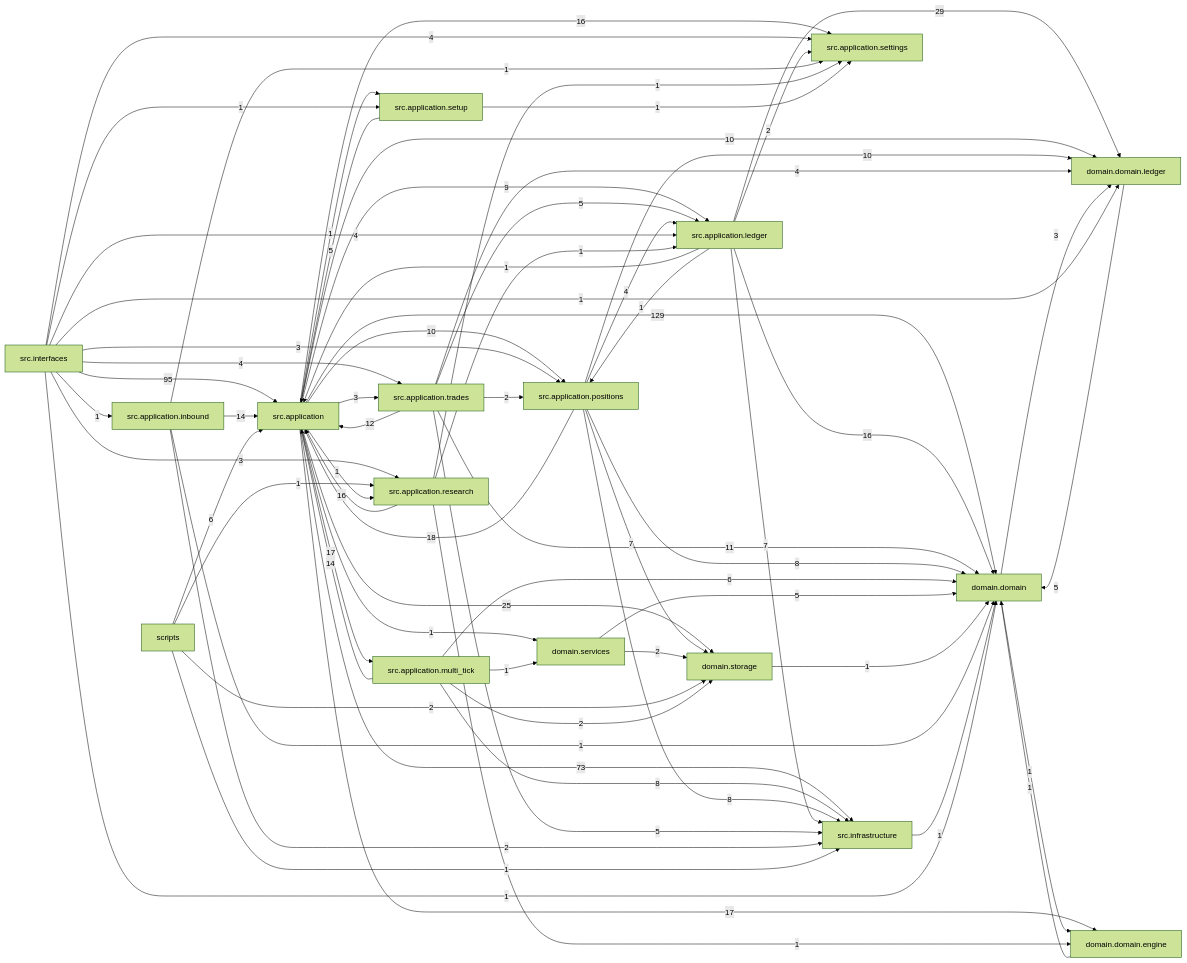
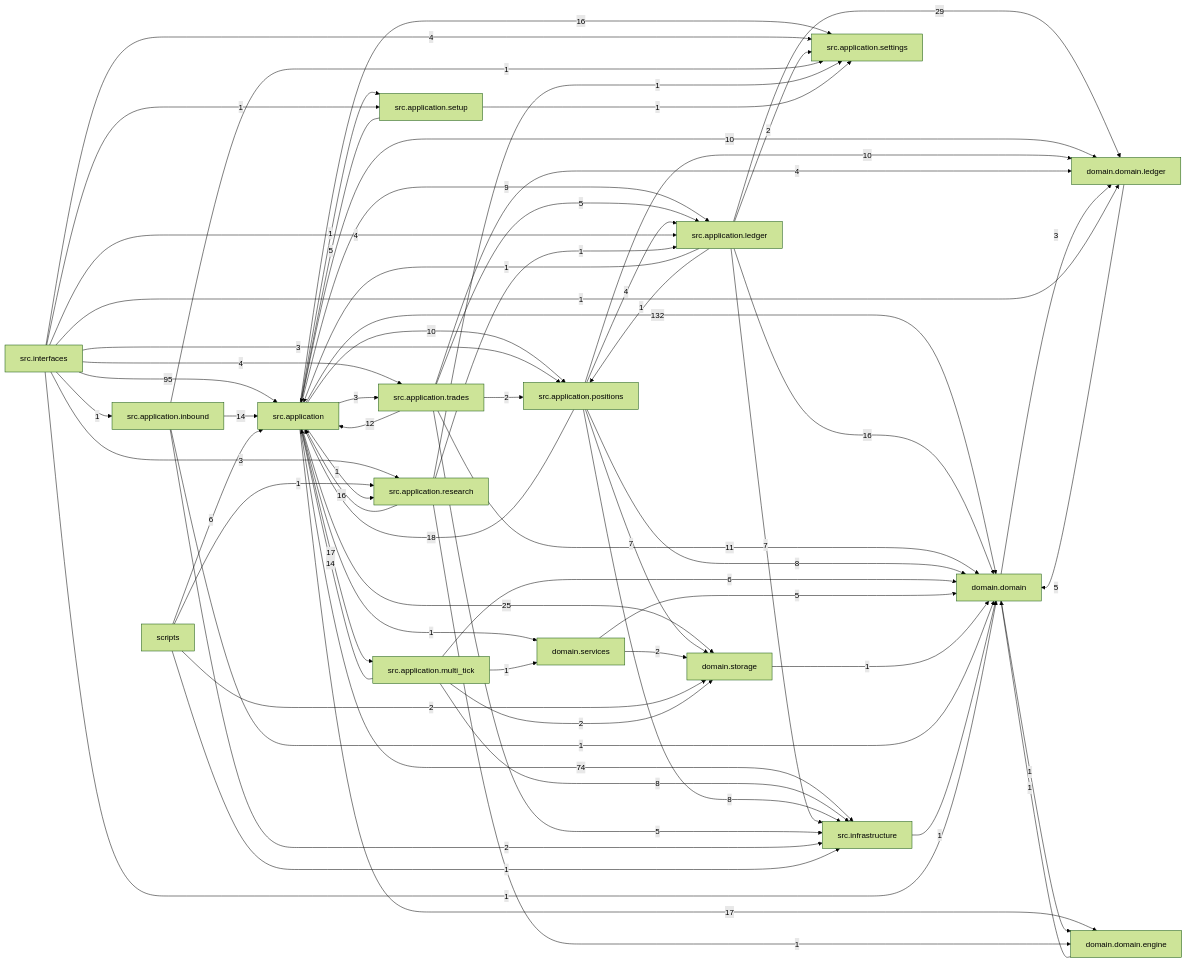
The diagram in docs/dependency_graph.mmd (liuxie066/options-monitor), drawn with Mermaid (forest theme) before and after one commit. The commit also changed 19 other files, not shown here.

```diff
--- a/docs/dependency_graph.mmd
+++ b/docs/dependency_graph.mmd
@@ -1,69 +1,69 @@
 flowchart LR
-  src_application["src.application"] -->|129| domain_domain["domain.domain"]
+  src_application["src.application"] -->|132| domain_domain["domain.domain"]
   src_interfaces["src.interfaces"] -->|95| src_application["src.application"]
-  src_application["src.application"] -->|73| src_infrastructure["src.infrastructure"]
+  src_application["src.application"] -->|74| src_infrastructure["src.infrastructure"]
   src_application_ledger["src.application.ledger"] -->|29| domain_domain_ledger["domain.domain.ledger"]
   src_application["src.application"] -->|25| domain_storage["domain.storage"]
   src_application_positions["src.application.positions"] -->|18| src_application["src.application"]
   src_application["src.application"] -->|17| domain_domain_engine["domain.domain.engine"]
   src_application["src.application"] -->|17| src_application_multi_tick["src.application.multi_tick"]
   src_application["src.application"] -->|16| src_application_settings["src.application.settings"]
   src_application_ledger["src.application.ledger"] -->|16| domain_domain["domain.domain"]
   src_application_research["src.application.research"] -->|16| src_application["src.application"]
   src_application_inbound["src.application.inbound"] -->|14| src_application["src.application"]
   src_application_multi_tick["src.application.multi_tick"] -->|14| src_application["src.application"]
   src_application_trades["src.application.trades"] -->|12| src_application["src.application"]
   src_application_trades["src.application.trades"] -->|11| domain_domain["domain.domain"]
   src_application["src.application"] -->|10| domain_domain_ledger["domain.domain.ledger"]
   src_application["src.application"] -->|10| src_application_positions["src.application.positions"]
   src_application_positions["src.application.positions"] -->|10| domain_domain_ledger["domain.domain.ledger"]
   src_application["src.application"] -->|9| src_application_ledger["src.application.ledger"]
   src_application_multi_tick["src.application.multi_tick"] -->|8| src_infrastructure["src.infrastructure"]
   src_application_positions["src.application.positions"] -->|8| domain_domain["domain.domain"]
   src_application_positions["src.application.positions"] -->|8| src_infrastructure["src.infrastructure"]
   src_application_ledger["src.application.ledger"] -->|7| src_infrastructure["src.infrastructure"]
   src_application_positions["src.application.positions"] -->|7| domain_storage["domain.storage"]
   scripts["scripts"] -->|6| src_application["src.application"]
   src_application_multi_tick["src.application.multi_tick"] -->|6| domain_domain["domain.domain"]
   domain_domain_ledger["domain.domain.ledger"] -->|5| domain_domain["domain.domain"]
   domain_services["domain.services"] -->|5| domain_domain["domain.domain"]
   src_application_setup["src.application.setup"] -->|5| src_application["src.application"]
   src_application_trades["src.application.trades"] -->|5| src_application_ledger["src.application.ledger"]
   src_application_trades["src.application.trades"] -->|5| src_infrastructure["src.infrastructure"]
   src_application_positions["src.application.positions"] -->|4| src_application_ledger["src.application.ledger"]
   src_application_trades["src.application.trades"] -->|4| domain_domain_ledger["domain.domain.ledger"]
   src_interfaces["src.interfaces"] -->|4| src_application_ledger["src.application.ledger"]
   src_interfaces["src.interfaces"] -->|4| src_application_settings["src.application.settings"]
   src_interfaces["src.interfaces"] -->|4| src_application_trades["src.application.trades"]
   domain_domain["domain.domain"] -->|3| domain_domain_ledger["domain.domain.ledger"]
   src_application["src.application"] -->|3| src_application_trades["src.application.trades"]
   src_interfaces["src.interfaces"] -->|3| src_application_positions["src.application.positions"]
   src_interfaces["src.interfaces"] -->|3| src_application_research["src.application.research"]
   domain_services["domain.services"] -->|2| domain_storage["domain.storage"]
   scripts["scripts"] -->|2| domain_storage["domain.storage"]
   src_application_inbound["src.application.inbound"] -->|2| src_infrastructure["src.infrastructure"]
   src_application_ledger["src.application.ledger"] -->|2| src_application_settings["src.application.settings"]
   src_application_multi_tick["src.application.multi_tick"] -->|2| domain_storage["domain.storage"]
   src_application_trades["src.application.trades"] -->|2| src_application_positions["src.application.positions"]
   domain_domain["domain.domain"] -->|1| domain_domain_engine["domain.domain.engine"]
   domain_domain_engine["domain.domain.engine"] -->|1| domain_domain["domain.domain"]
   domain_storage["domain.storage"] -->|1| domain_domain["domain.domain"]
   scripts["scripts"] -->|1| src_application_research["src.application.research"]
   scripts["scripts"] -->|1| src_infrastructure["src.infrastructure"]
   src_application["src.application"] -->|1| domain_services["domain.services"]
   src_application["src.application"] -->|1| src_application_research["src.application.research"]
   src_application["src.application"] -->|1| src_application_setup["src.application.setup"]
   src_application_inbound["src.application.inbound"] -->|1| domain_domain["domain.domain"]
   src_application_inbound["src.application.inbound"] -->|1| src_application_settings["src.application.settings"]
   src_application_ledger["src.application.ledger"] -->|1| src_application["src.application"]
   src_application_ledger["src.application.ledger"] -->|1| src_application_positions["src.application.positions"]
   src_application_multi_tick["src.application.multi_tick"] -->|1| domain_services["domain.services"]
   src_application_research["src.application.research"] -->|1| domain_domain_engine["domain.domain.engine"]
   src_application_research["src.application.research"] -->|1| src_application_ledger["src.application.ledger"]
   src_application_research["src.application.research"] -->|1| src_application_settings["src.application.settings"]
   src_application_setup["src.application.setup"] -->|1| src_application_settings["src.application.settings"]
   src_infrastructure["src.infrastructure"] -->|1| domain_domain["domain.domain"]
   src_interfaces["src.interfaces"] -->|1| domain_domain["domain.domain"]
   src_interfaces["src.interfaces"] -->|1| domain_domain_ledger["domain.domain.ledger"]
   src_interfaces["src.interfaces"] -->|1| src_application_inbound["src.application.inbound"]
   src_interfaces["src.interfaces"] -->|1| src_application_setup["src.application.setup"]
```
